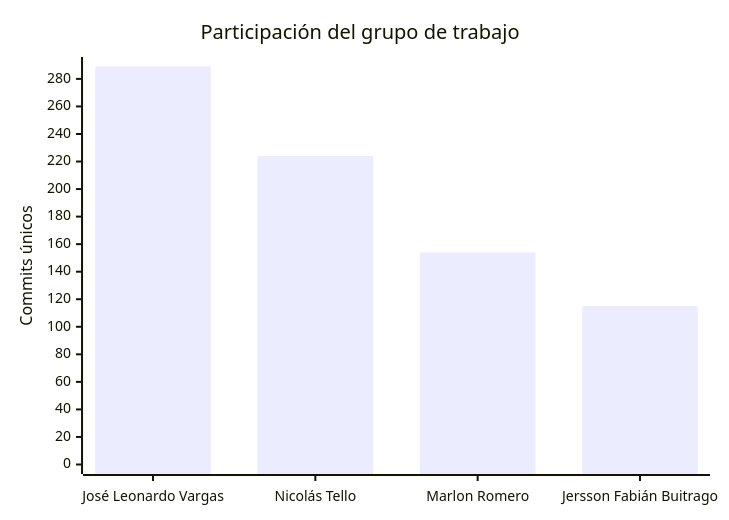
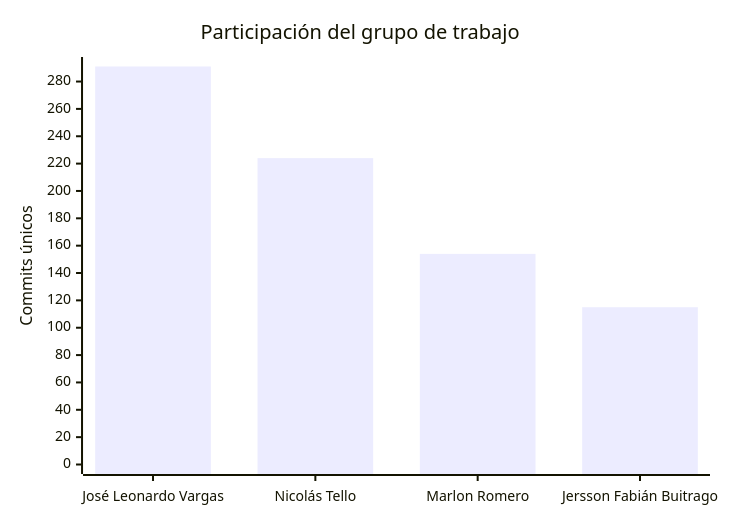
One commit to FarmaExpres/FarmaExpres changed the second of 2 diagrams in README.md. Above: the diagram before and after it, drawn with Mermaid. The commit also changed other lines of this file and 1 other file, not shown here.

````diff
--- a/README.md
+++ b/README.md
@@ -403,7 +403,7 @@
 ```mermaid
 xychart-beta
     title "Participación del grupo de trabajo"
     x-axis ["José Leonardo Vargas", "Nicolás Tello", "Marlon Romero", "Jersson Fabián Buitrago"]
-    y-axis "Commits únicos" 0 --> 289
-    bar [289, 224, 154, 115]
+    y-axis "Commits únicos" 0 --> 291
+    bar [291, 224, 154, 115]
 ```
````
